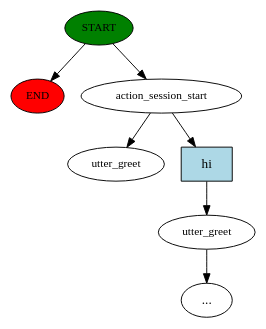
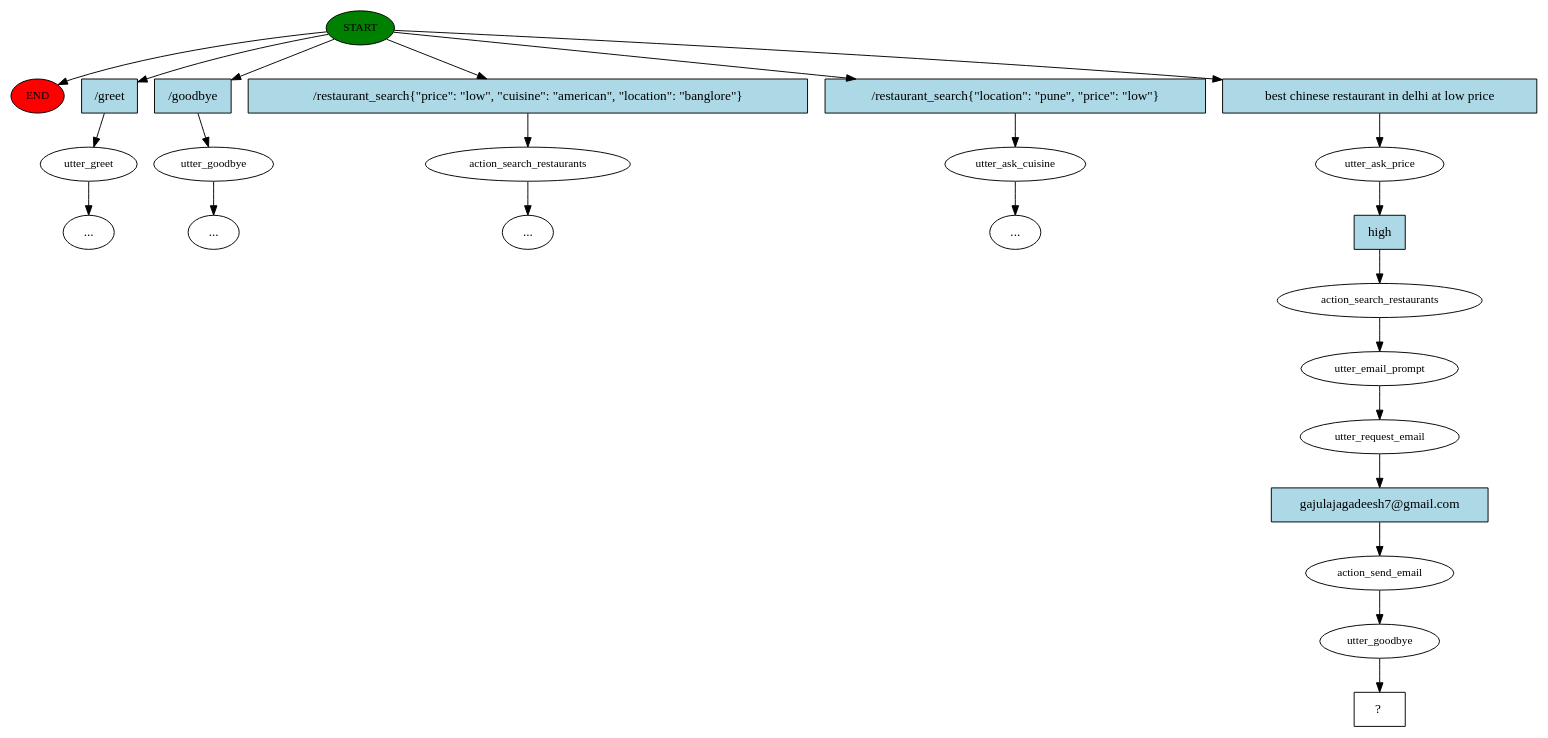
Before and after one commit to jagadeesh-gajula/Foodie-Chatbot: the diagram in story_graph.dot, drawn with Graphviz. The commit also changed 15 other files, not shown here.

```diff
--- a/story_graph.dot
+++ b/story_graph.dot
@@ -1,15 +1,49 @@
 digraph  {
 0 [class="start active", fillcolor=green, fontsize=12, label=START, style=filled];
 "-1" [class=end, fillcolor=red, fontsize=12, label=END, style=filled];
-1 [class=active, fontsize=12, label=action_session_start];
-2 [class="", fontsize=12, label=utter_greet];
-"-3" [class=ellipsis, label="..."];
-4 [class="dashed active", fontsize=12, label=utter_greet];
-5 [class=intent, fillcolor=lightblue, label=hi, shape=rect, style=filled];
+1 [class="", fontsize=12, label=utter_greet];
+12 [class="", fontsize=12, label=utter_goodbye];
+"-14" [class=ellipsis, label="..."];
+18 [class="", fontsize=12, label=action_search_restaurants];
+"-20" [class=ellipsis, label="..."];
+19 [class="", fontsize=12, label=utter_ask_cuisine];
+"-21" [class=ellipsis, label="..."];
+"-29" [class=ellipsis, label="..."];
+28 [class=active, fontsize=12, label=utter_ask_price];
+29 [class=active, fontsize=12, label=action_search_restaurants];
+30 [class=active, fontsize=12, label=utter_email_prompt];
+31 [class=active, fontsize=12, label=utter_request_email];
+32 [class=active, fontsize=12, label=action_send_email];
+33 [class=active, fontsize=12, label=utter_goodbye];
+34 [class="intent dashed active", label="  ?  ", shape=rect];
+35 [class=intent, fillcolor=lightblue, label="/greet", shape=rect, style=filled];
+36 [class=intent, fillcolor=lightblue, label="/goodbye", shape=rect, style=filled];
+37 [class=intent, fillcolor=lightblue, label="/restaurant_search{\"price\": \"low\", \"cuisine\": \"american\", \"location\": \"banglore\"}", shape=rect, style=filled];
+38 [class=intent, fillcolor=lightblue, label="/restaurant_search{\"location\": \"pune\", \"price\": \"low\"}", shape=rect, style=filled];
+39 [class="intent active", fillcolor=lightblue, label="best chinese restaurant in delhi at low price", shape=rect, style=filled];
+40 [class="intent active", fillcolor=lightblue, label=high, shape=rect, style=filled];
+41 [class="intent active", fillcolor=lightblue, label="gajulajagadeesh7@gmail.com", shape=rect, style=filled];
 0 -> "-1"  [class="", key=NONE, label=""];
-0 -> 1  [class=active, key=NONE, label=""];
-1 -> 4  [class=active, key=NONE, label=""];
-1 -> 5  [class="", key=0];
-2 -> "-3"  [class="", key=NONE, label=""];
-5 -> 2  [class="", key=0];
+0 -> 35  [class="", key=0];
+0 -> 36  [class="", key=0];
+0 -> 37  [class="", key=0];
+0 -> 38  [class="", key=0];
+0 -> 39  [class=active, key=0];
+1 -> "-29"  [class="", key=NONE, label=""];
+12 -> "-14"  [class="", key=NONE, label=""];
+18 -> "-20"  [class="", key=NONE, label=""];
+19 -> "-21"  [class="", key=NONE, label=""];
+28 -> 40  [class=active, key=0];
+29 -> 30  [class=active, key=NONE, label=""];
+30 -> 31  [class=active, key=NONE, label=""];
+31 -> 41  [class=active, key=0];
+32 -> 33  [class=active, key=NONE, label=""];
+33 -> 34  [class=active, key=NONE, label=""];
+35 -> 1  [class="", key=0];
+36 -> 12  [class="", key=0];
+37 -> 18  [class="", key=0];
+38 -> 19  [class="", key=0];
+39 -> 28  [class=active, key=0];
+40 -> 29  [class=active, key=0];
+41 -> 32  [class=active, key=0];
 }
```
